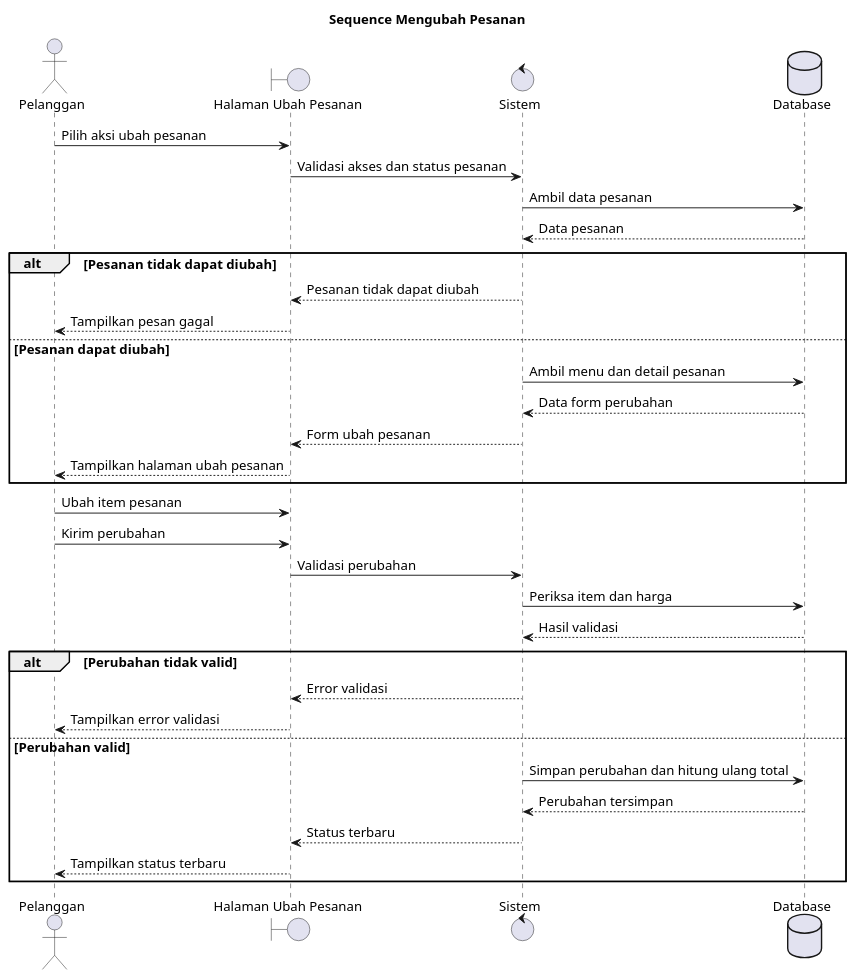
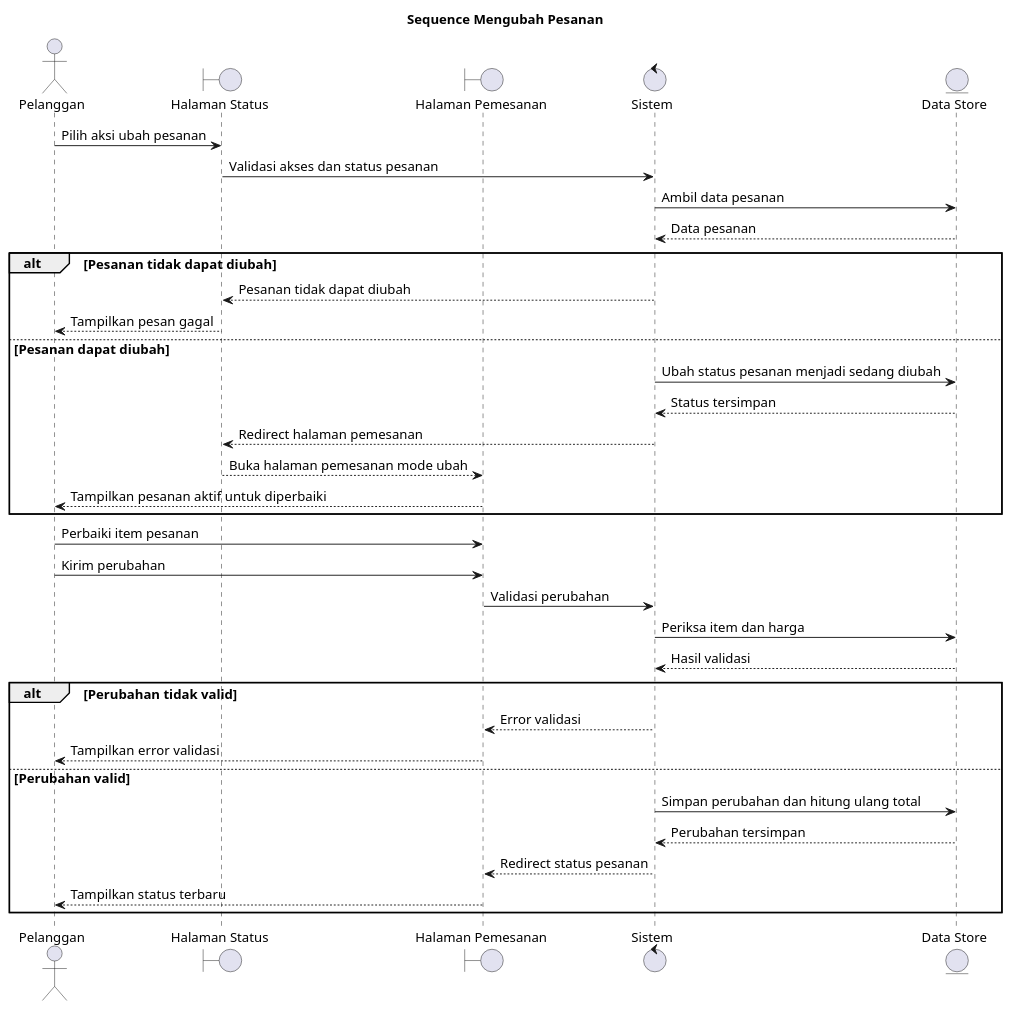
One commit to Samaelzco/warung_baleganjur changed the third of 15 diagrams in docs/sequence-diagrams-plantuml.md. Above: the diagram before and after it, drawn with PlantUML. The commit also changed other lines of this file and 35 other files, not shown here.

````diff
--- a/docs/sequence-diagrams-plantuml.md
+++ b/docs/sequence-diagrams-plantuml.md
@@ -105,45 +105,47 @@
 ```plantuml
 @startuml
 title Sequence Mengubah Pesanan
 
 skinparam defaultFontName Arial
 skinparam defaultFontSize 14
 
 actor Pelanggan
-boundary "Halaman Ubah Pesanan" as Page
+boundary "Halaman Status" as StatusPage
+boundary "Halaman Pemesanan" as OrderPage
 control "Sistem" as System
-database "Database" as DB
+entity "Data Store" as DB
 
-Pelanggan -> Page: Pilih aksi ubah pesanan
-Page -> System: Validasi akses dan status pesanan
+Pelanggan -> StatusPage: Pilih aksi ubah pesanan
+StatusPage -> System: Validasi akses dan status pesanan
 System -> DB: Ambil data pesanan
 DB --> System: Data pesanan
 
 alt Pesanan tidak dapat diubah
-    System --> Page: Pesanan tidak dapat diubah
-    Page --> Pelanggan: Tampilkan pesan gagal
+    System --> StatusPage: Pesanan tidak dapat diubah
+    StatusPage --> Pelanggan: Tampilkan pesan gagal
 else Pesanan dapat diubah
-    System -> DB: Ambil menu dan detail pesanan
-    DB --> System: Data form perubahan
-    System --> Page: Form ubah pesanan
-    Page --> Pelanggan: Tampilkan halaman ubah pesanan
+    System -> DB: Ubah status pesanan menjadi sedang diubah
+    DB --> System: Status tersimpan
+    System --> StatusPage: Redirect halaman pemesanan
+    StatusPage --> OrderPage: Buka halaman pemesanan mode ubah
+    OrderPage --> Pelanggan: Tampilkan pesanan aktif untuk diperbaiki
 end
 
-Pelanggan -> Page: Ubah item pesanan
-Pelanggan -> Page: Kirim perubahan
-Page -> System: Validasi perubahan
+Pelanggan -> OrderPage: Perbaiki item pesanan
+Pelanggan -> OrderPage: Kirim perubahan
+OrderPage -> System: Validasi perubahan
 System -> DB: Periksa item dan harga
 DB --> System: Hasil validasi
 
 alt Perubahan tidak valid
-    System --> Page: Error validasi
-    Page --> Pelanggan: Tampilkan error validasi
+    System --> OrderPage: Error validasi
+    OrderPage --> Pelanggan: Tampilkan error validasi
 else Perubahan valid
     System -> DB: Simpan perubahan dan hitung ulang total
     DB --> System: Perubahan tersimpan
-    System --> Page: Status terbaru
-    Page --> Pelanggan: Tampilkan status terbaru
+    System --> OrderPage: Redirect status pesanan
+    OrderPage --> Pelanggan: Tampilkan status terbaru
 end
 
 @enduml
 ```
````
